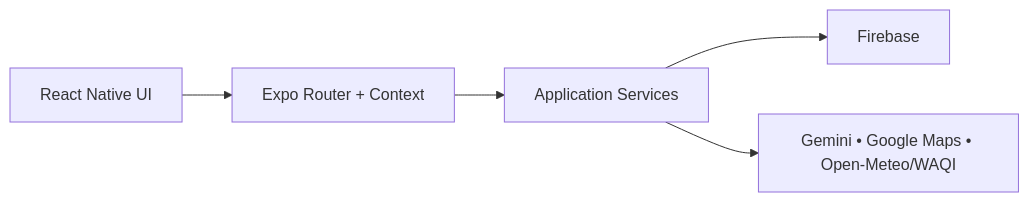
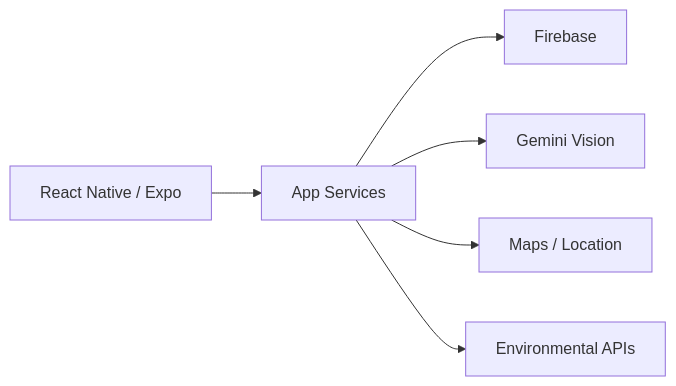
One commit to Jyatin/-fixmyway changed the second of 2 diagrams in README.md. Above: the diagram before and after it, drawn with Mermaid. The commit also changed other lines of this file, not shown here.

Commit message:
Shorten end-to-end workflow diagram

````diff
--- a/README.md
+++ b/README.md
@@ -68,7 +48,8 @@
 ```mermaid
 graph LR
-    UI[React Native UI] --> State[Expo Router + Context]
-    State --> Services[Application Services]
-    Services --> Cloud[Firebase]
-    Services --> External[Gemini • Google Maps • Open-Meteo/WAQI]
+    A[React Native / Expo] --> B[App Services]
+    B --> C[Firebase]
+    B --> D[Gemini Vision]
+    B --> E[Maps / Location]
+    B --> F[Environmental APIs]
 ```
````
